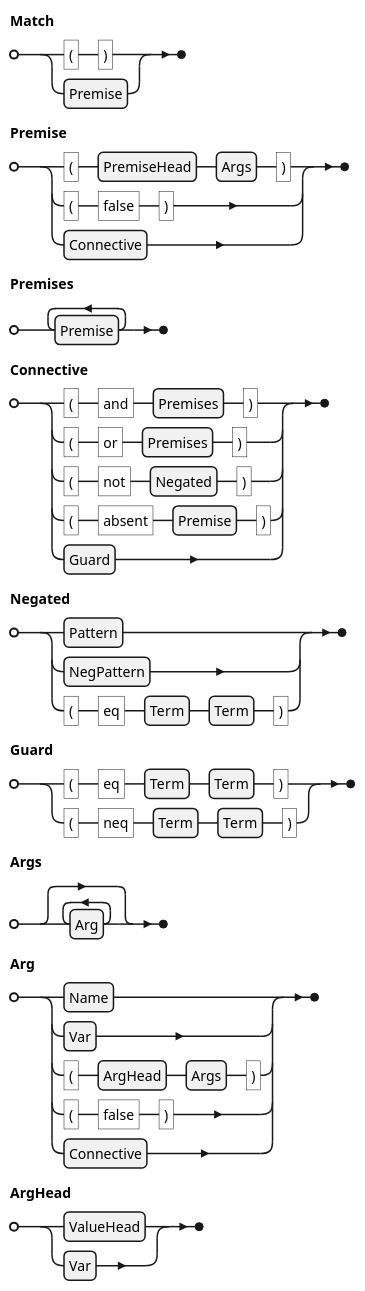
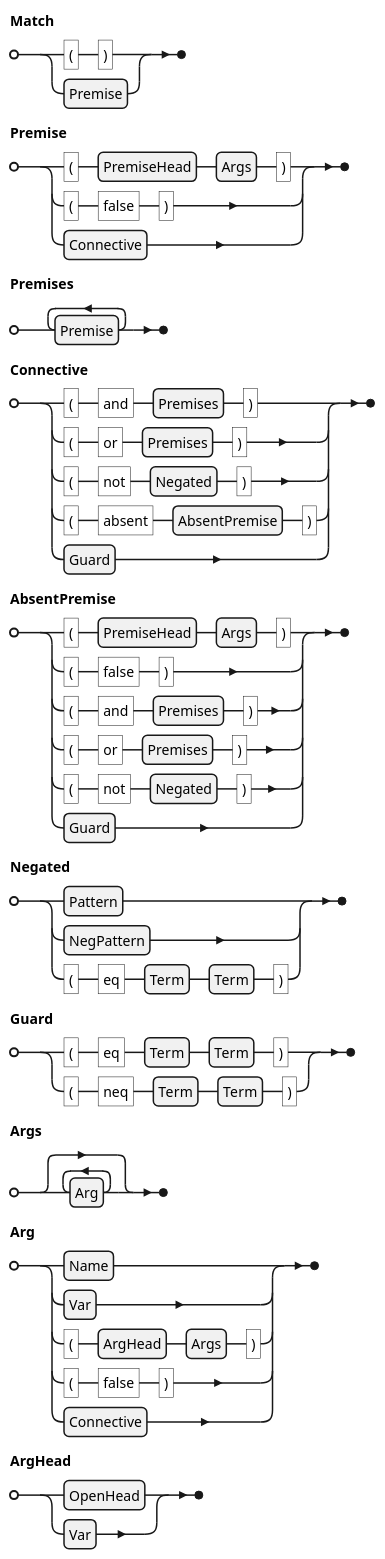
The diagram in docs/ein/user/04-reference/diagrams/01-grammar-phrase-match.puml (agutikov/ein), drawn with PlantUML before and after one commit. The commit also changed 41 other files, not shown here.

```diff
--- a/docs/ein/user/04-reference/diagrams/01-grammar-phrase-match.puml
+++ b/docs/ein/user/04-reference/diagrams/01-grammar-phrase-match.puml
@@ -1,16 +1,23 @@
 @startebnf
 Match = "(" , ")" | Premise ;
 Premise = "(" , PremiseHead , Args , ")" | "(" , "false" , ")" | Connective ;
 Premises = { Premise }- ;
 Connective =
     "(" , "and" , Premises , ")"
   | "(" , "or" , Premises , ")"
   | "(" , "not" , Negated , ")"
-  | "(" , "absent" , Premise , ")"
+  | "(" , "absent" , AbsentPremise , ")"
+  | Guard ;
+AbsentPremise =
+    "(" , PremiseHead , Args , ")"
+  | "(" , "false" , ")"
+  | "(" , "and" , Premises , ")"
+  | "(" , "or" , Premises , ")"
+  | "(" , "not" , Negated , ")"
   | Guard ;
 Negated = Pattern | NegPattern | "(" , "eq" , Term , Term , ")" ;
 Guard = "(" , "eq" , Term , Term , ")" | "(" , "neq" , Term , Term , ")" ;
 Args = { Arg } ;
 Arg = Name | Var | "(" , ArgHead , Args , ")" | "(" , "false" , ")" | Connective ;
-ArgHead = ValueHead | Var ;
+ArgHead = OpenHead | Var ;
 @endebnf
```
